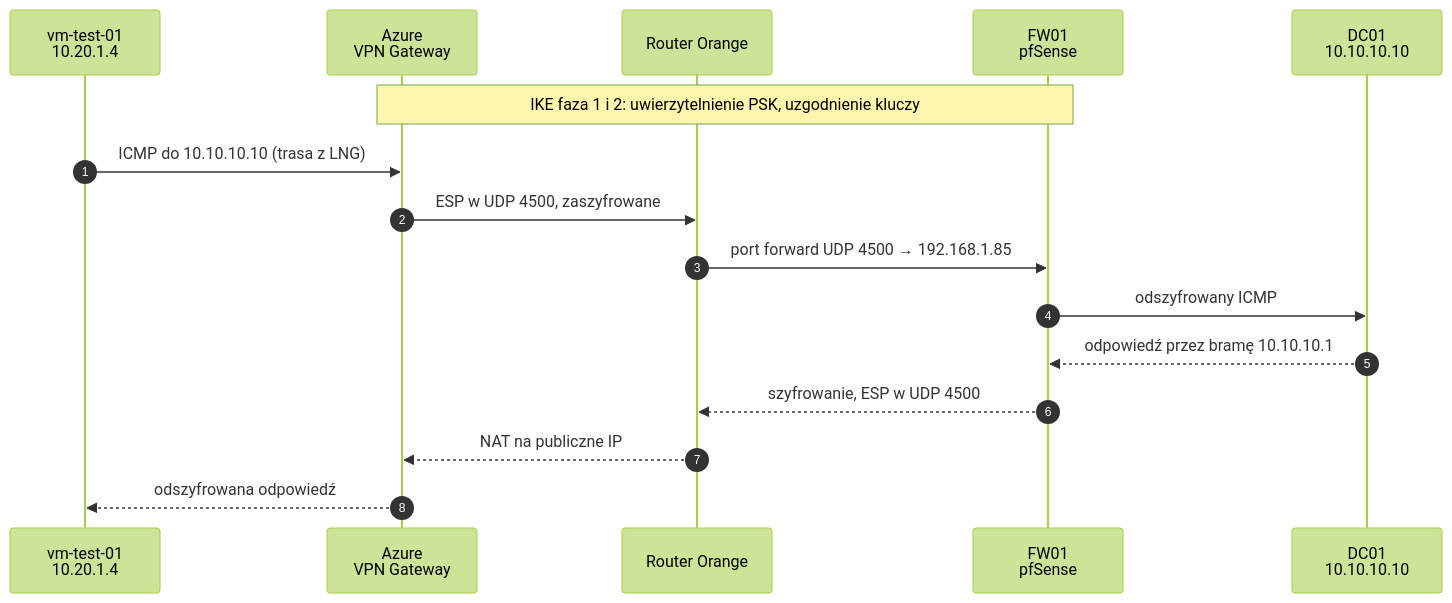
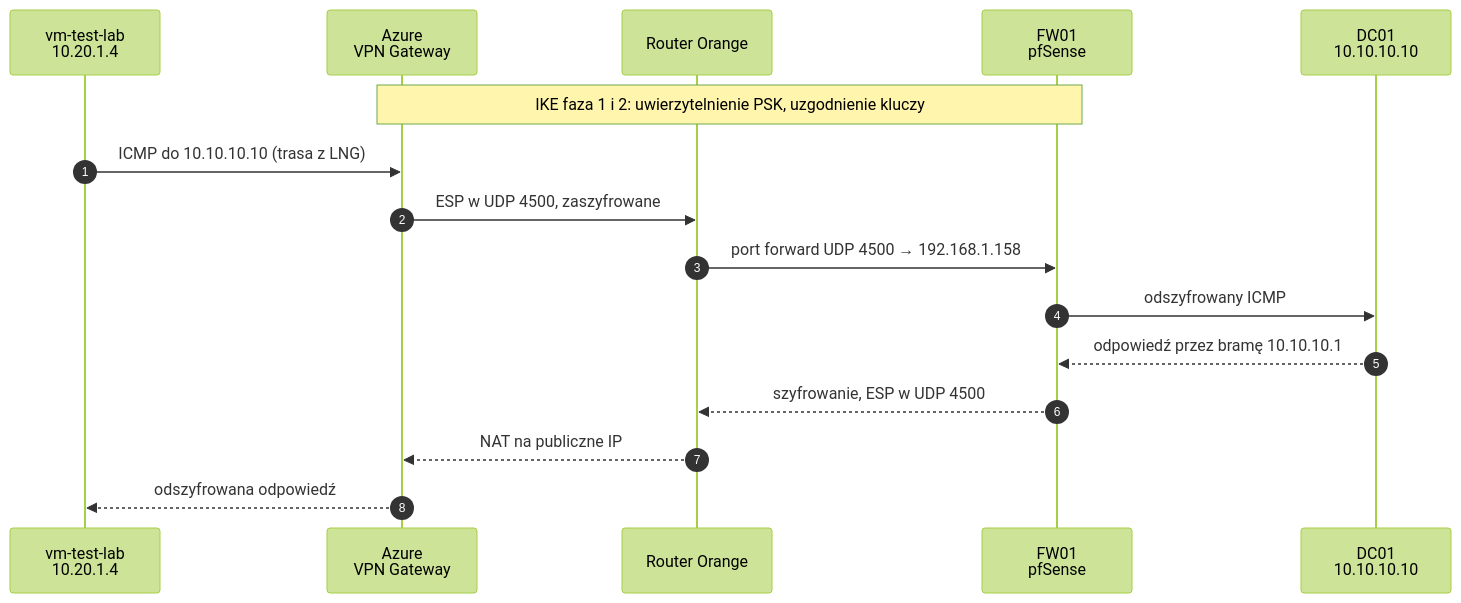
Before and after one commit to Kanigzzz/hybrid-s2s: the second of 2 diagrams in README.md, drawn with Mermaid (forest theme). The commit also changed other lines of this file and 24 other files, not shown here.

````diff
--- a/README.md
+++ b/README.md
@@ -133,19 +132,19 @@
 ```mermaid
 sequenceDiagram
     autonumber
-    participant VM as vm-test-01<br/>10.20.1.4
+    participant VM as vm-test-lab<br/>10.20.1.4
     participant GW as Azure<br/>VPN Gateway
     participant OR as Router Orange
     participant FW as FW01<br/>pfSense
     participant DC as DC01<br/>10.10.10.10
 
     Note over GW,FW: IKE faza 1 i 2: uwierzytelnienie PSK, uzgodnienie kluczy
     VM->>GW: ICMP do 10.10.10.10 (trasa z LNG)
     GW->>OR: ESP w UDP 4500, zaszyfrowane
-    OR->>FW: port forward UDP 4500 → 192.168.1.85
+    OR->>FW: port forward UDP 4500 → 192.168.1.158
     FW->>DC: odszyfrowany ICMP
     DC-->>FW: odpowiedź przez bramę 10.10.10.1
     FW-->>OR: szyfrowanie, ESP w UDP 4500
     OR-->>GW: NAT na publiczne IP
     GW-->>VM: odszyfrowana odpowiedź
 ```
````
